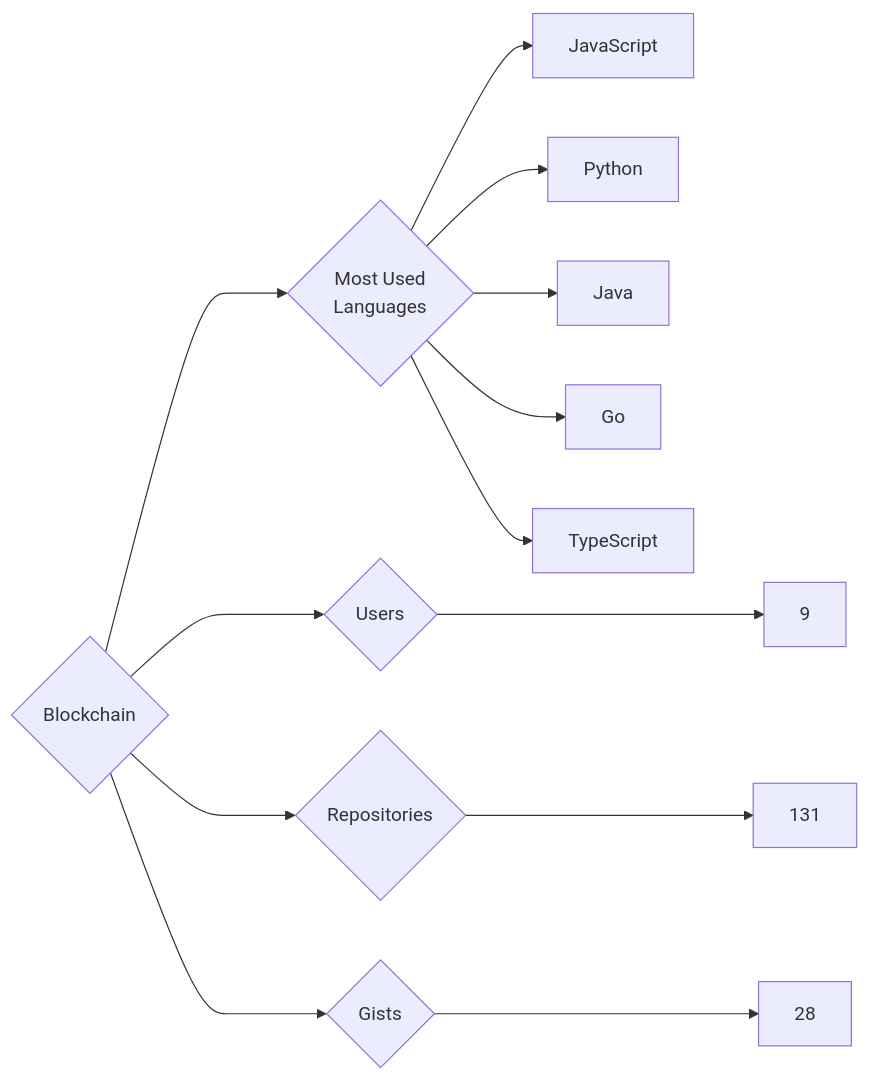
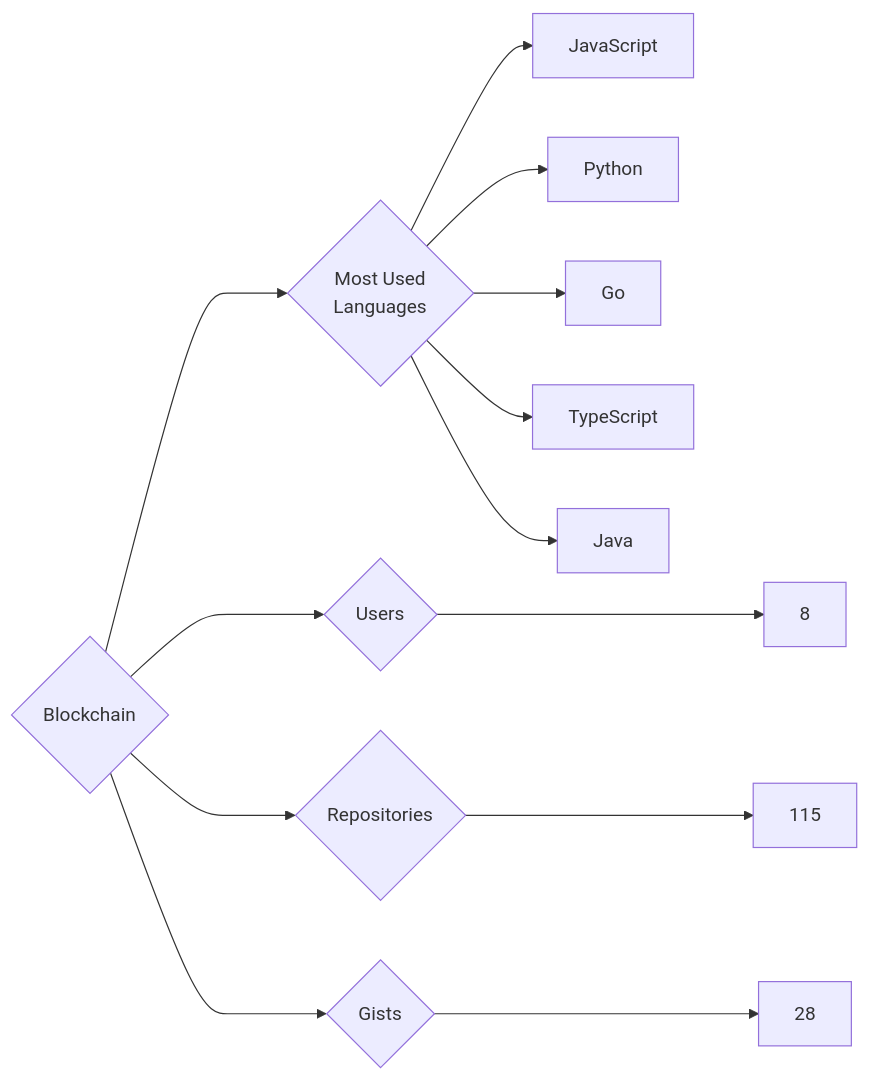
Before and after one commit to trickest/insiders: the diagram in targets/Blockchain/README.md, drawn with Mermaid. The commit also changed 934 other files, not shown here.

````diff
--- a/targets/Blockchain/README.md
+++ b/targets/Blockchain/README.md
@@ -3,13 +3,13 @@
 ```mermaid
 graph LR
 COMPANY_NAME{Blockchain}
-COMPANY_NAME ---> U{Users} ---> UN[9]
-COMPANY_NAME ---> R{Repositories} ---> RN[131]
+COMPANY_NAME ---> U{Users} ---> UN[8]
+COMPANY_NAME ---> R{Repositories} ---> RN[115]
 COMPANY_NAME ---> G{Gists} ---> GN[28]
 COMPANY_NAME ---> ML{Most Used<br>Languages}
 ML --> JavaScript[JavaScript]
 ML --> Python[Python]
-ML --> Java[Java]
 ML --> Go[Go]
 ML --> TypeScript[TypeScript]
+ML --> Java[Java]
 ```
````
